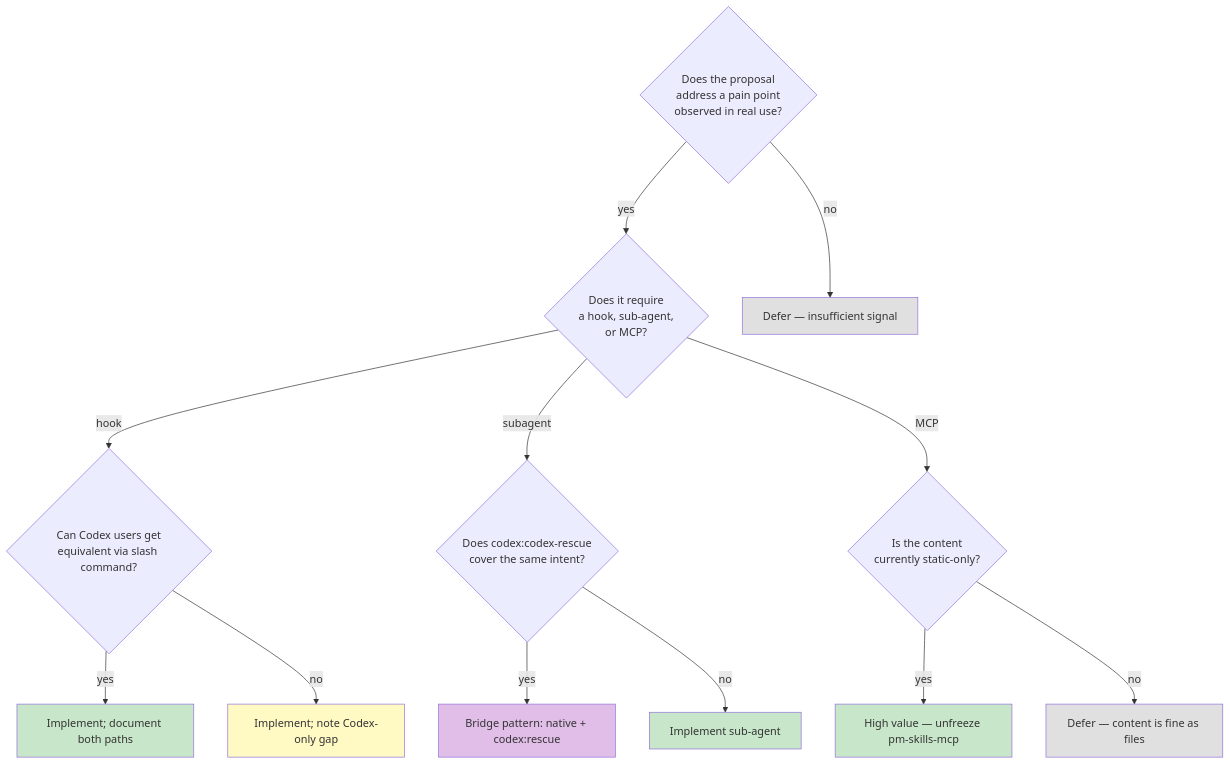
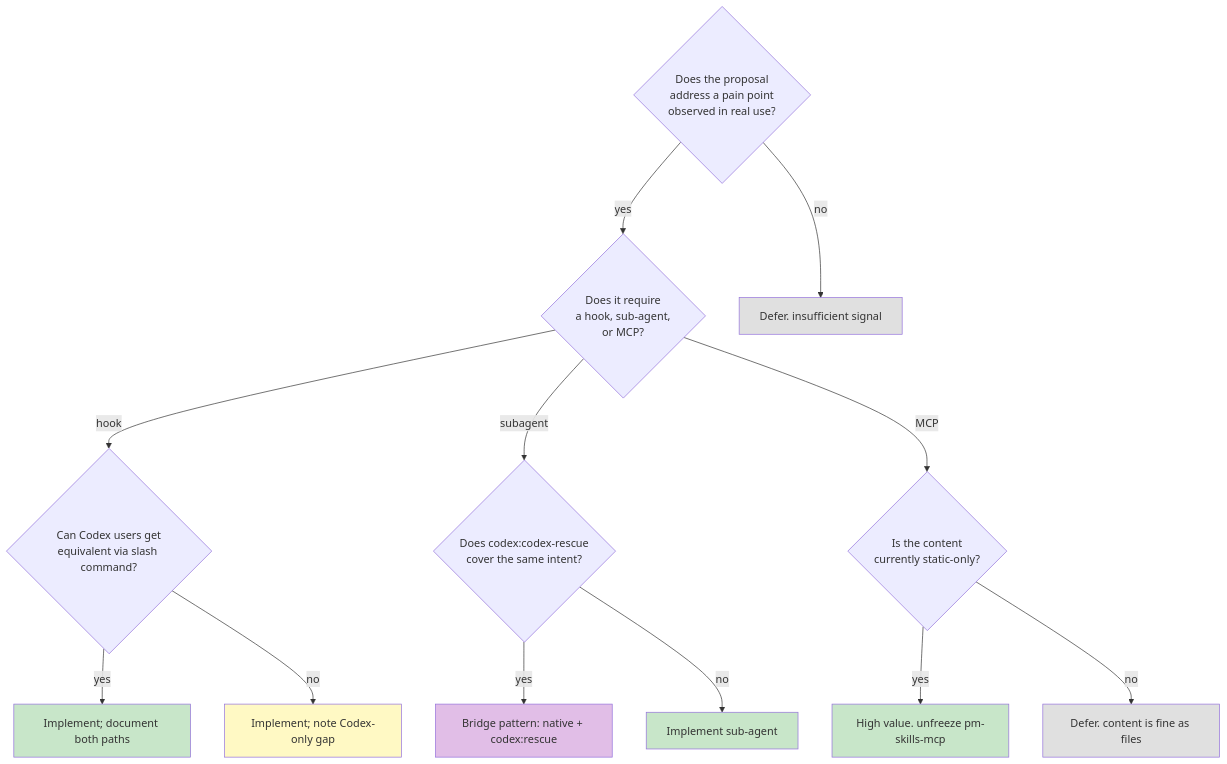
Before and after one commit to rtmendes/pm-skills: the fourth of 4 diagrams in docs/internal/agent-component-usage_2026-04-18.md, drawn with Mermaid. The commit also changed other lines of this file and 482 other files, not shown here.

````diff
--- a/docs/internal/agent-component-usage_2026-04-18.md
+++ b/docs/internal/agent-component-usage_2026-04-18.md
@@ -489,25 +489,25 @@
 ```mermaid
 graph TD
     Start{Does the proposal<br/>address a pain point<br/>observed in real use?}
     Start -->|yes| A{Does it require<br/>a hook, sub-agent,<br/>or MCP?}
-    Start -->|no| Defer[Defer — insufficient signal]
+    Start -->|no| Defer[Defer. insufficient signal]
 
     A -->|hook| B{Can Codex users get<br/>equivalent via slash command?}
     A -->|subagent| C{Does codex:codex-rescue<br/>cover the same intent?}
     A -->|MCP| D{Is the content<br/>currently static-only?}
 
     B -->|yes| Impl[Implement; document both paths]
     B -->|no| ImplWithGap[Implement; note Codex-only gap]
     C -->|yes| PatternBridge[Bridge pattern: native + codex:rescue]
     C -->|no| ImplSubagent[Implement sub-agent]
-    D -->|yes| MCPValue[High value — unfreeze pm-skills-mcp]
-    D -->|no| MCPDefer[Defer — content is fine as files]
+    D -->|yes| MCPValue[High value. unfreeze pm-skills-mcp]
+    D -->|no| MCPDefer[Defer. content is fine as files]
 
     style Impl fill:#c8e6c9
     style ImplWithGap fill:#fff9c4
     style PatternBridge fill:#e1bee7
     style ImplSubagent fill:#c8e6c9
     style MCPValue fill:#c8e6c9
     style Defer fill:#e0e0e0
     style MCPDefer fill:#e0e0e0
 ```
````
